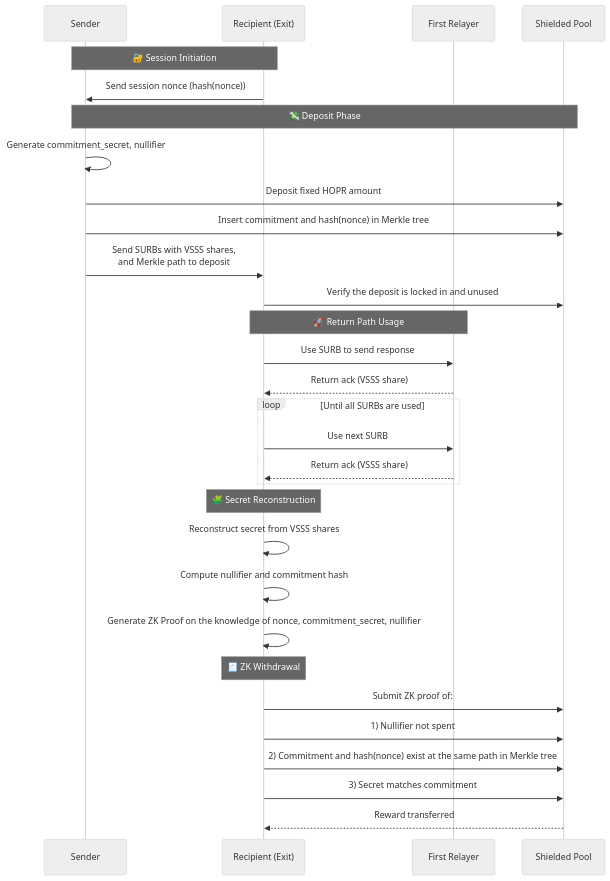
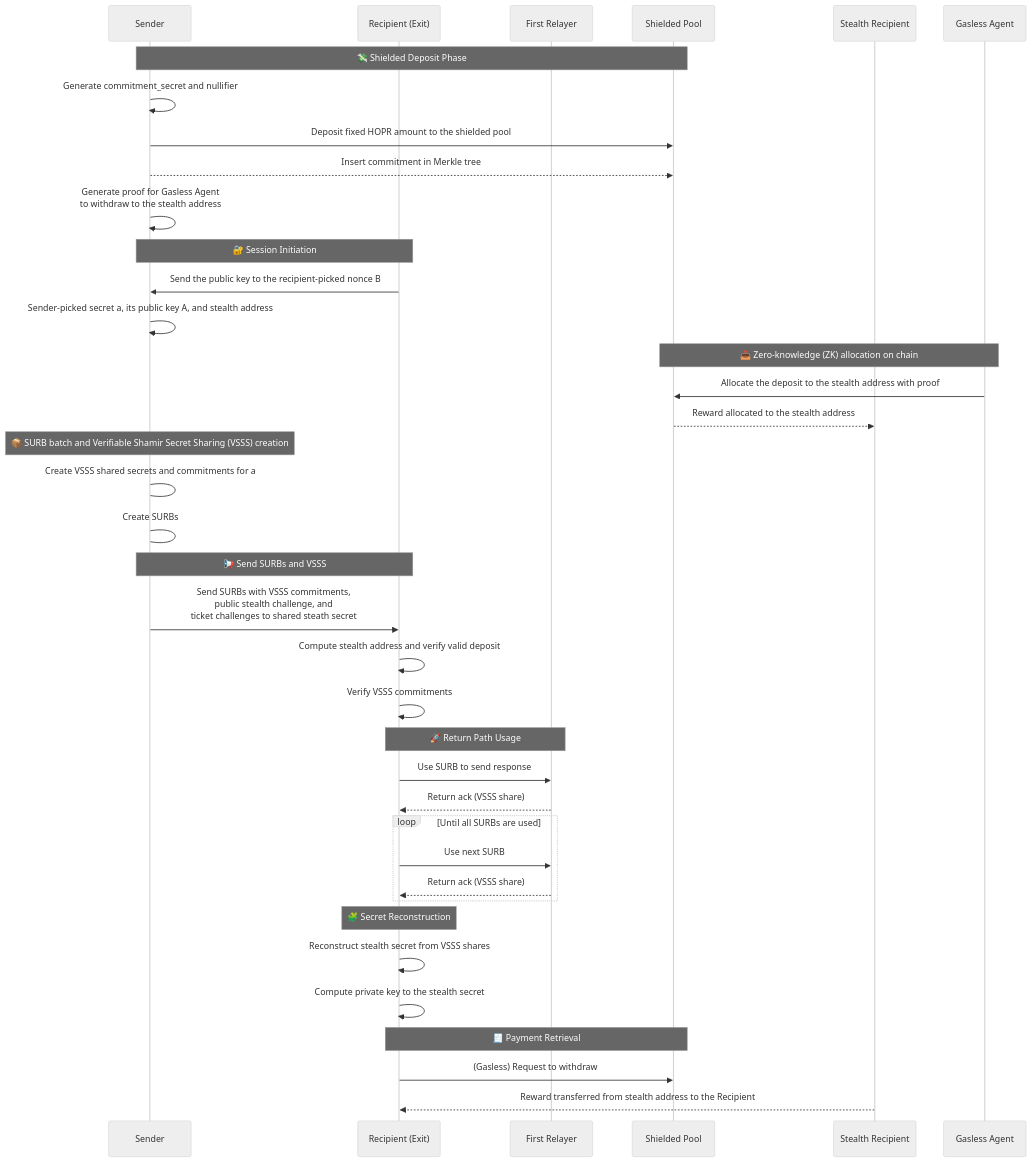
The diagram in RFC-0008-return-path-incentivization/0008-return-path-incentivization.md (hoprnet/rfc), drawn with Mermaid (neutral theme) before and after one commit. The commit also changed other lines of this file, not shown here.

````diff
--- a/RFC-0008-return-path-incentivization/0008-return-path-incentivization.md
+++ b/RFC-0008-return-path-incentivization/0008-return-path-incentivization.md
@@ -92,38 +97,49 @@
 ```mermaid
 sequenceDiagram
     participant S as Sender
     participant R as Recipient (Exit)
     participant FR as First Relayer
     participant ShieldedPool as Shielded Pool
+    participant SR as Stealth Recipient
+    participant A as Gasless Agent
+
+    Note over S,ShieldedPool: 💸 Shielded Deposit Phase
+    S->>S: Generate commitment_secret and nullifier
+    S->>ShieldedPool: Deposit fixed HOPR amount to the shielded pool
+    S-->>ShieldedPool: Insert commitment in Merkle tree
+    S->>S: Generate proof for Gasless Agent <br/> to withdraw to the stealth address
 
     Note over S,R: 🔐 Session Initiation
-    R->>S: Send session nonce (hash(nonce))
+    R->>S: Send the public key to the recipient-picked nonce B
+    S->>S: Sender-picked secret a, its public key A, and stealth address
+    
+    Note over A,ShieldedPool: 📥 Zero-knowledge (ZK) allocation on chain
+    A->>ShieldedPool: Allocate the deposit to the stealth address with proof
+    ShieldedPool-->>SR: Reward allocated to the stealth address
 
-    Note over S,ShieldedPool: 💸 Deposit Phase
-    S->>S: Generate commitment_secret, nullifier
-    S->>ShieldedPool: Deposit fixed HOPR amount
-    S->>ShieldedPool: Insert commitment and hash(nonce) in Merkle tree
-    S->>R: Send SURBs with VSSS shares, <br/> and Merkle path to deposit
-    R->>ShieldedPool: Verify the deposit is locked in and unused
+    Note over S: 📦 SURB batch and Verifiable Shamir Secret Sharing (VSSS) creation
+    S->S: Create VSSS shared secrets and commitments for a
+    S->S: Create SURBs 
+
+    Note over S,R: 📢 Send SURBs and VSSS
+    S->>R: Send SURBs with VSSS commitments, <br/> public stealth challenge, and <br/> ticket challenges to shared steath secret
+    R->>R: Compute stealth address and verify valid deposit
+    R->>R: Verify VSSS commitments
 
     Note over R,FR: 🚀 Return Path Usage
     R->>FR: Use SURB to send response
     FR-->>R: Return ack (VSSS share)
 
     loop Until all SURBs are used
         R->>FR: Use next SURB
         FR-->>R: Return ack (VSSS share)
     end
 
     Note over R: 🧩 Secret Reconstruction
-    R->>R: Reconstruct secret from VSSS shares
-    R->>R: Compute nullifier and commitment hash
-    R->>R: Generate ZK Proof on the knowledge of nonce, commitment_secret, nullifier
+    R->>R: Reconstruct stealth secret from VSSS shares
+    R->>R: Compute private key to the stealth secret
 
-    Note over R: 🧾 ZK Withdrawal
-    R->>ShieldedPool: Submit ZK proof of:
-    R->>ShieldedPool: 1) Nullifier not spent
-    R->>ShieldedPool: 2) Commitment and hash(nonce) exist at the same path in Merkle tree
-    R->>ShieldedPool: 3) Secret matches commitment
-    ShieldedPool-->>R: Reward transferred
+    Note over R,ShieldedPool: 🧾 Payment Retrieval 
+    R->>ShieldedPool: (Gasless) Request to withdraw
+    SR-->>R: Reward transferred from stealth address to the Recipient
 ```
````
